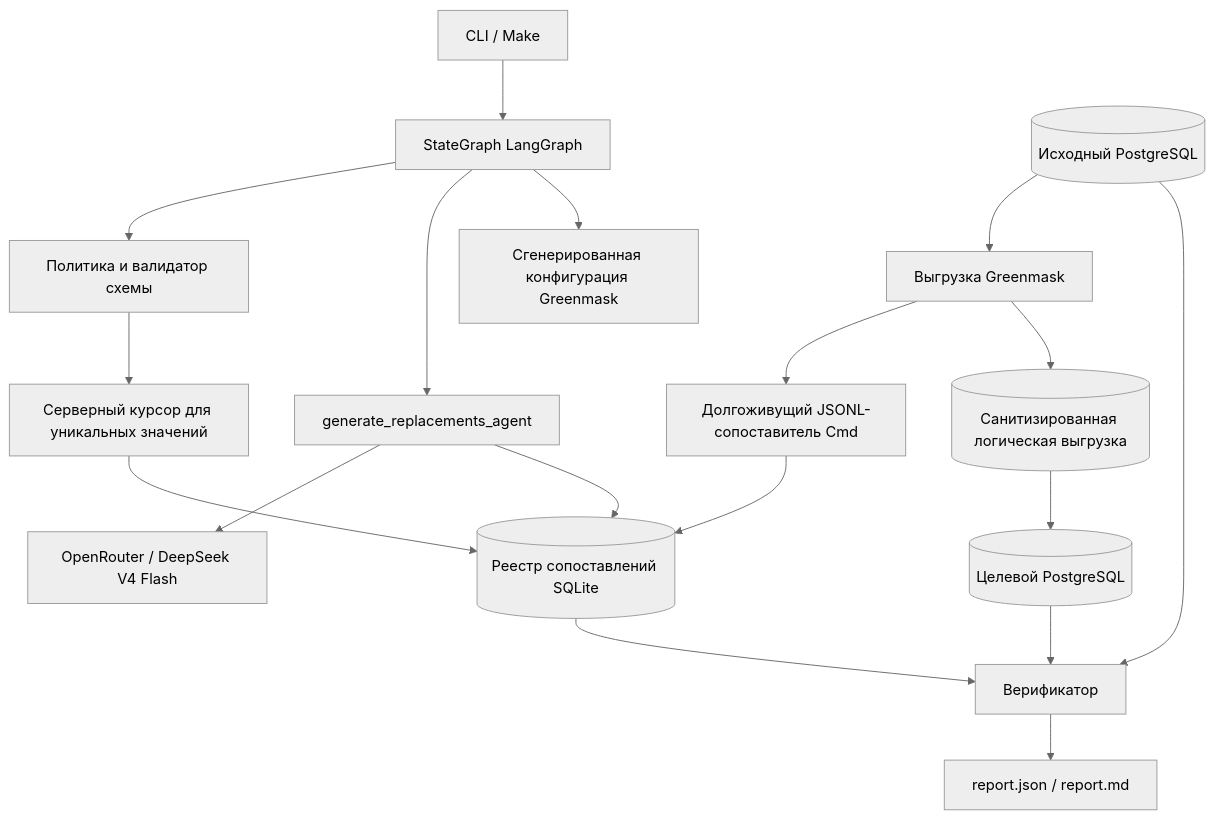
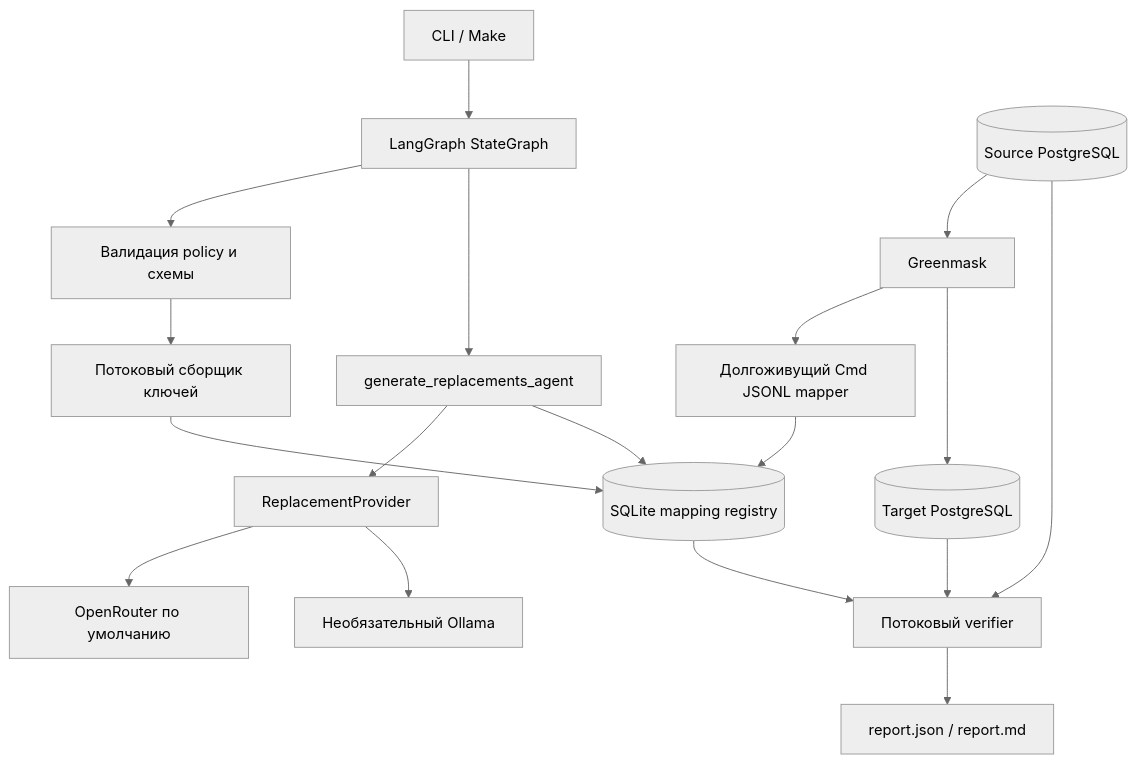
One commit to CrazyAngelm/db-sanitizer changed the diagram in README.md. Above: the diagram before and after it, drawn with Mermaid (neutral theme). The commit also changed other lines of this file and 39 other files, not shown here.

````diff
--- a/README.md
+++ b/README.md
@@ -37,20 +21,20 @@
 ```mermaid
 flowchart TD
-    CLI[CLI / Make] --> LG[StateGraph LangGraph]
-    LG --> P[Политика и валидатор схемы]
-    P --> C[Серверный курсор для уникальных значений]
-    C --> R[(Реестр сопоставлений SQLite)]
+    CLI[CLI / Make] --> LG[LangGraph StateGraph]
+    LG --> P[Валидация policy и схемы]
+    P --> C[Потоковый сборщик ключей]
+    C --> R[(SQLite mapping registry)]
     LG --> A[generate_replacements_agent]
-    A --> OR[OpenRouter / DeepSeek V4 Flash]
+    A --> LP[ReplacementProvider]
+    LP --> OR[OpenRouter по умолчанию]
+    LP --> OL[Необязательный Ollama]
     A --> R
-    LG --> G[Сгенерированная конфигурация Greenmask]
-    S[(Исходный PostgreSQL)] --> GM[Выгрузка Greenmask]
-    GM --> M[Долгоживущий JSONL-сопоставитель Cmd]
+    S[(Source PostgreSQL)] --> GM[Greenmask]
+    GM --> M[Долгоживущий Cmd JSONL mapper]
     M --> R
-    GM --> D[(Санитизированная логическая выгрузка)]
-    D --> T[(Целевой PostgreSQL)]
-    S --> V[Верификатор]
+    GM --> T[(Target PostgreSQL)]
+    S --> V[Потоковый verifier]
     T --> V
     R --> V
     V --> REP[report.json / report.md]
 ```
````
